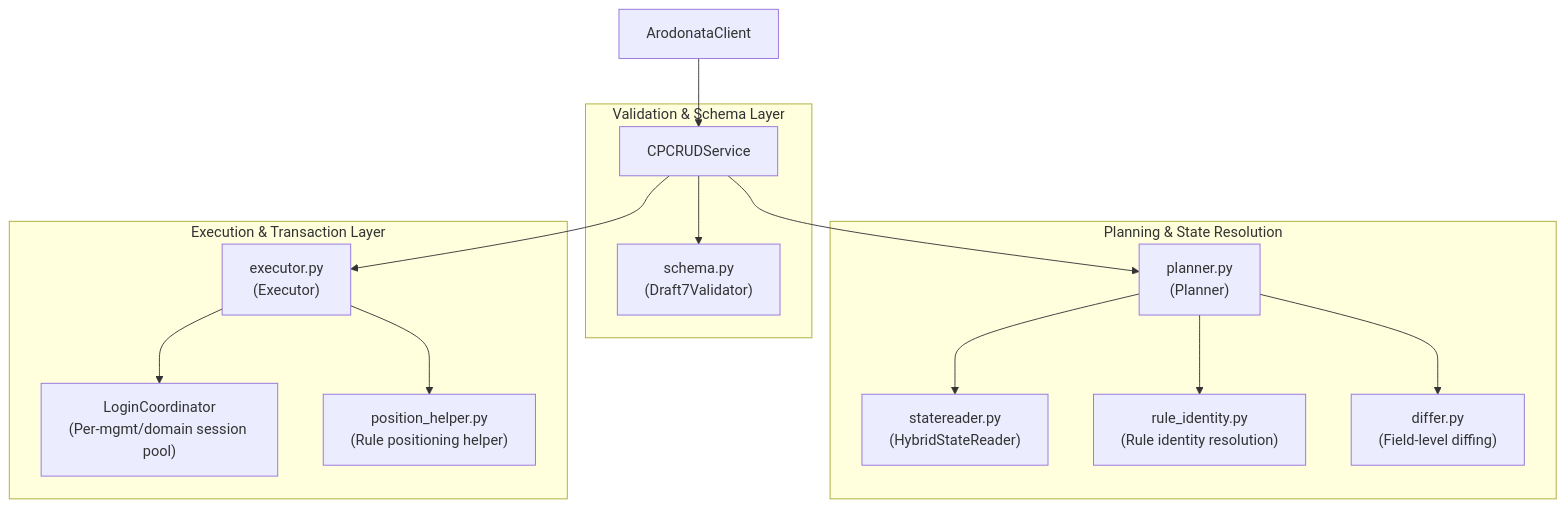
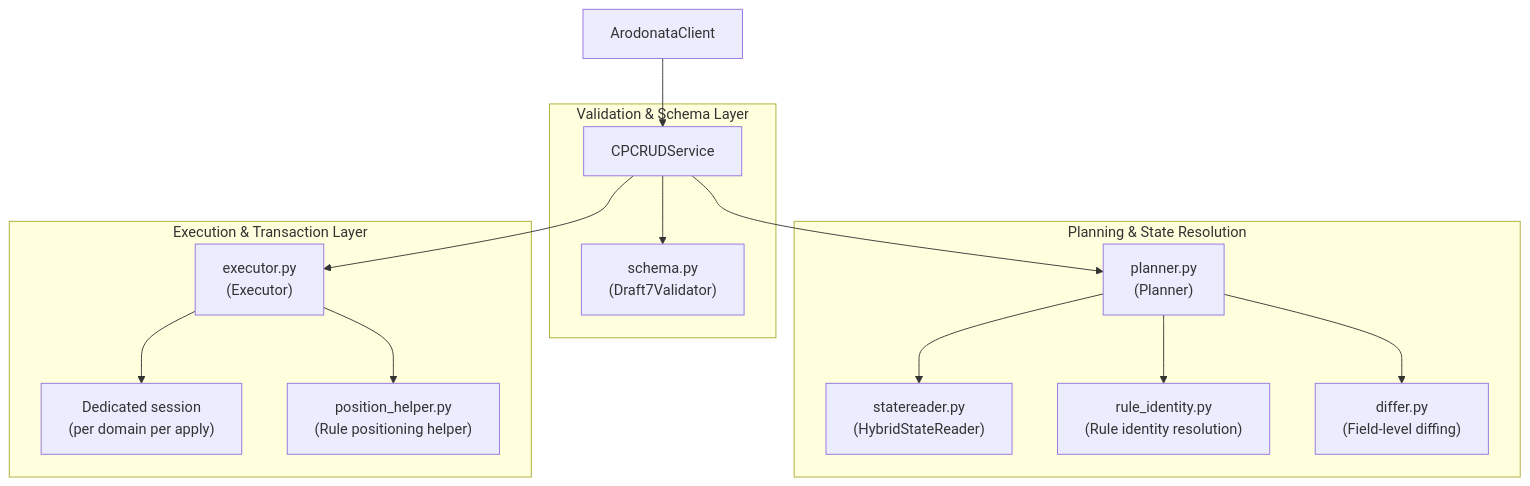
One commit to chkp-antonr/arodonata changed the second of 4 diagrams in docs-notebooklm/01-guide-and-concepts.md. Above: the diagram before and after it, drawn with Mermaid. The commit also changed other lines of this file and 26 other files, not shown here.

````diff
--- a/docs-notebooklm/01-guide-and-concepts.md
+++ b/docs-notebooklm/01-guide-and-concepts.md
@@ -639,21 +663,21 @@
 ```mermaid
 graph TD
     Client["ArodonataClient"] --> Service["CPCRUDService"]
-
+    
     subgraph "Validation & Schema Layer"
         Service --> Schema["schema.py\n(Draft7Validator)"]
     end
-
+    
     subgraph "Planning & State Resolution"
         Service --> Planner["planner.py\n(Planner)"]
         Planner --> StateReader["statereader.py\n(HybridStateReader)"]
         Planner --> RuleIdentity["rule_identity.py\n(Rule identity resolution)"]
         Planner --> Differ["differ.py\n(Field-level diffing)"]
     end
-
+    
     subgraph "Execution & Transaction Layer"
         Service --> Executor["executor.py\n(Executor)"]
-        Executor --> LoginCoord["LoginCoordinator\n(Per-mgmt/domain session pool)"]
+        Executor --> Session["Dedicated session\n(per domain per apply)"]
         Executor --> PositionHelper["position_helper.py\n(Rule positioning helper)"]
     end
 ```
````
